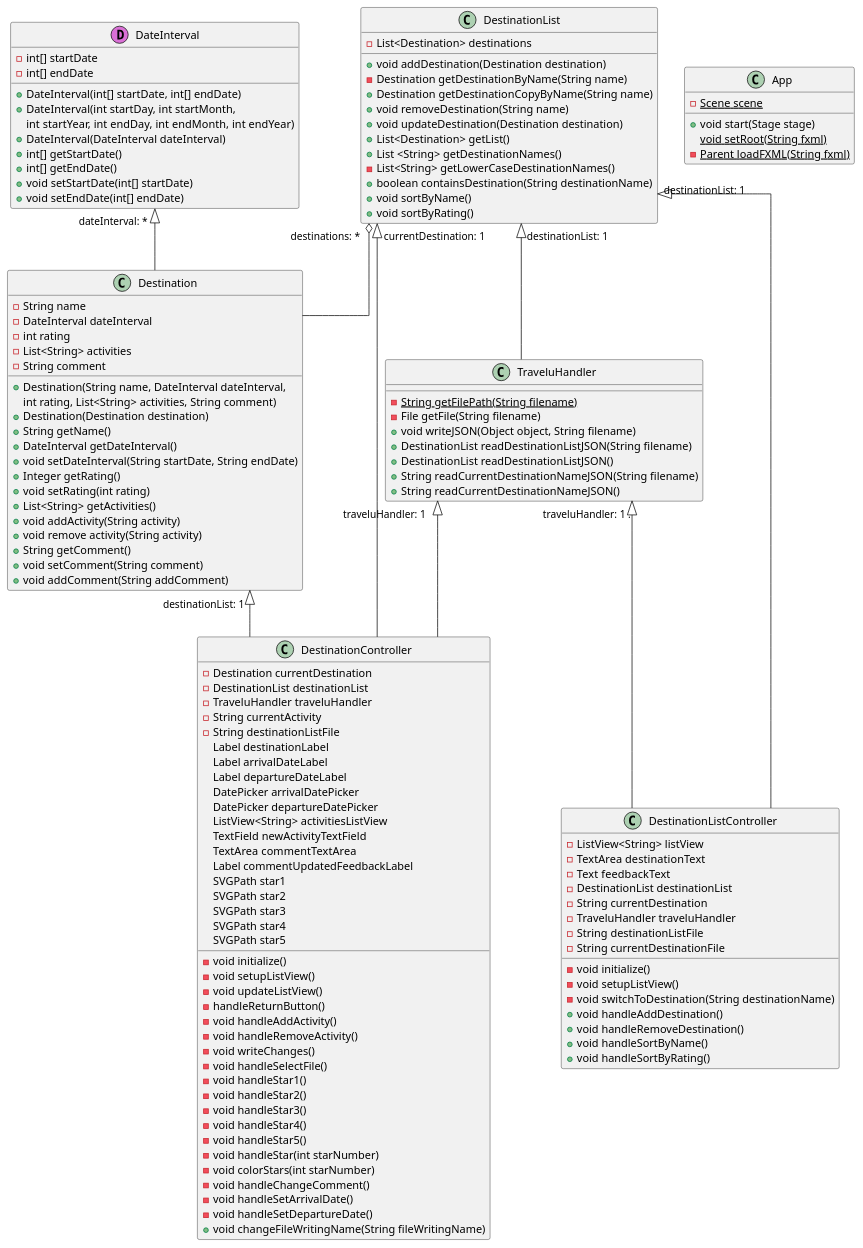
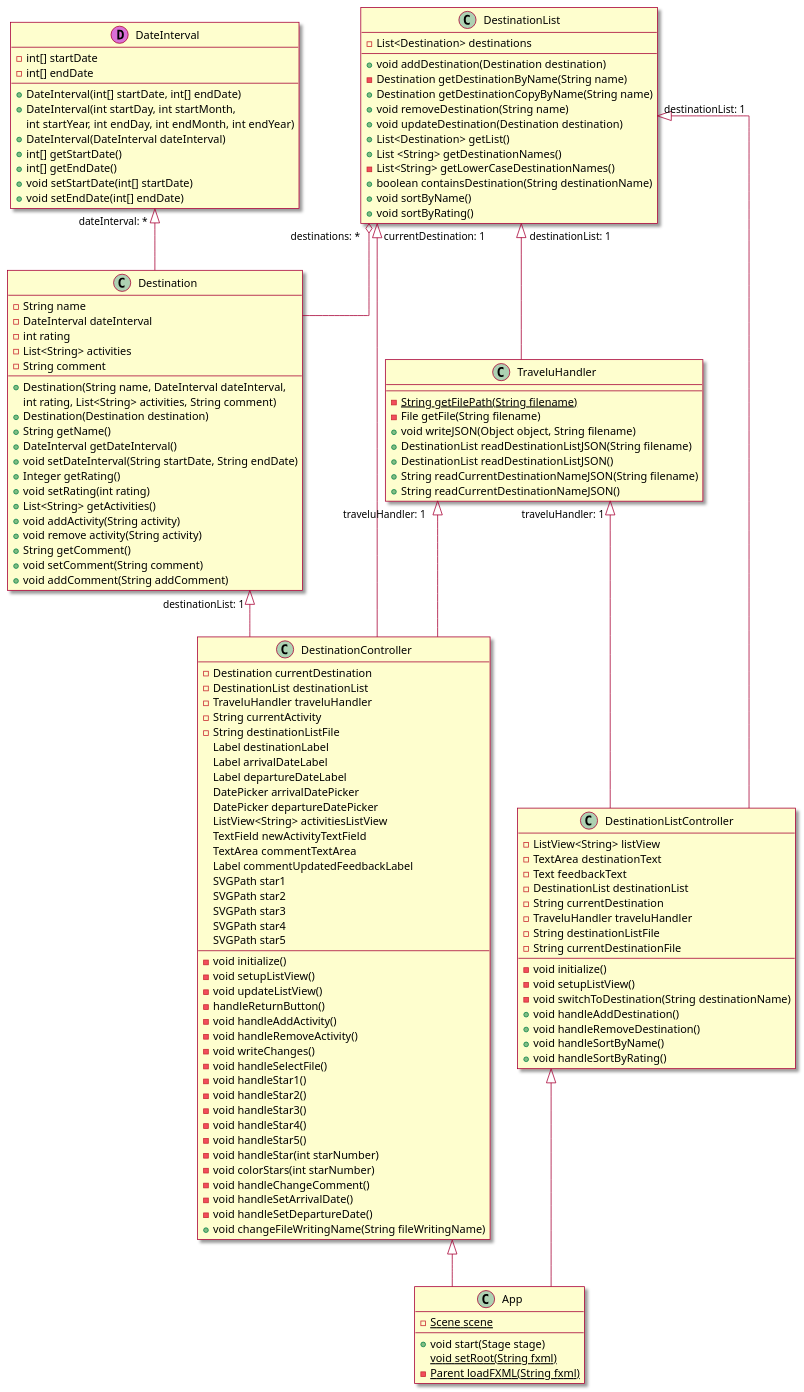
The diagram in docs/classDiagram.plantuml (tbwiik/Travelu), drawn with PlantUML before and after one commit.

Commit message:
docs: update style and label positions

```diff
--- a/docs/classDiagram.plantuml
+++ b/docs/classDiagram.plantuml
@@ -1,140 +1,144 @@
 @startuml classDiagram
+
+skin rose
 
 class Destination {
     - String name
     - DateInterval dateInterval
     - int rating
     - List<String> activities 
     - String comment
     + Destination(String name, DateInterval dateInterval, 
     int rating, List<String> activities, String comment)
     + Destination(Destination destination)
     + String getName()
     + DateInterval getDateInterval()
     + void setDateInterval(String startDate, String endDate)
     + Integer getRating()
     + void setRating(int rating)
     + List<String> getActivities()
     + void addActivity(String activity)
     + void remove activity(String activity)
     + String getComment()
     + void setComment(String comment)
     + void addComment(String addComment)
 }
 
 class DestinationList {
     -List<Destination> destinations
     + void addDestination(Destination destination)
     - Destination getDestinationByName(String name)
     + Destination getDestinationCopyByName(String name)
     + void removeDestination(String name)
     + void updateDestination(Destination destination)
     + List<Destination> getList()
     + List <String> getDestinationNames()
     - List<String> getLowerCaseDestinationNames()
     + boolean containsDestination(String destinationName)
     + void sortByName()
     + void sortByRating()
 }
 
 class DateInterval << (D,orchid) >> {
     - int[] startDate
     - int[] endDate
     + DateInterval(int[] startDate, int[] endDate)
     + DateInterval(int startDay, int startMonth, 
     int startYear, int endDay, int endMonth, int endYear)
     + DateInterval(DateInterval dateInterval)
     + int[] getStartDate()
     + int[] getEndDate()
     + void setStartDate(int[] startDate)
     + void setEndDate(int[] endDate)
 }
 
 class DestinationController {
     - Destination currentDestination
     - DestinationList destinationList
     - TraveluHandler traveluHandler
     - String currentActivity
     - String destinationListFile
     Label destinationLabel
     Label arrivalDateLabel
     Label departureDateLabel
     DatePicker arrivalDatePicker
     DatePicker departureDatePicker
     ListView<String> activitiesListView
     TextField newActivityTextField
     TextArea commentTextArea
     Label commentUpdatedFeedbackLabel
     SVGPath star1 
     SVGPath star2 
     SVGPath star3 
     SVGPath star4 
     SVGPath star5 
     - void initialize()
     - void setupListView()
     - void updateListView()
     - handleReturnButton()
     - void handleAddActivity()
     - void handleRemoveActivity()
     - void writeChanges()
     - void handleSelectFile()
     - void handleStar1()
     - void handleStar2()
     - void handleStar3()
     - void handleStar4()
     - void handleStar5()
     - void handleStar(int starNumber)
     - void colorStars(int starNumber)
     - void handleChangeComment()
     - void handleSetArrivalDate()
     - void handleSetDepartureDate()
     + void changeFileWritingName(String fileWritingName)
 } 
 
 class DestinationListController {
     - ListView<String> listView
     - TextArea destinationText
     - Text feedbackText
     - DestinationList destinationList
     - String currentDestination
     - TraveluHandler traveluHandler
     - String destinationListFile
     - String currentDestinationFile
     - void initialize()
     - void setupListView()
     - void switchToDestination(String destinationName)
     + void handleAddDestination()
     + void handleRemoveDestination()
     + void handleSortByName()
     + void handleSortByRating()
 }
 
 class App {
     - {static} Scene scene
     + void start(Stage stage)
     {static} void setRoot(String fxml)
     - {static} Parent loadFXML(String fxml)
 }
 
 class TraveluHandler {
     - {static} String getFilePath(String filename)
     - File getFile(String filename)
     + void writeJSON(Object object, String filename)
     + DestinationList readDestinationListJSON(String filename)
     + DestinationList readDestinationListJSON()
     + String readCurrentDestinationNameJSON(String filename)
     + String readCurrentDestinationNameJSON()
 }
 
 DateInterval "dateInterval: *  " <|-- Destination
 DestinationList "destinations: *" o-- Destination
 Destination "destinationList: 1   " <|-- DestinationController
 DestinationList "    currentDestination: 1" <|-- DestinationController
 TraveluHandler "traveluHandler: 1" <|-- DestinationController
-DestinationList "destinationList: 1"<|-- DestinationListController
-TraveluHandler "traveluHandler: 1 .  " <|-- DestinationListController
-DestinationList " destinationList: 1" <|-- TraveluHandler
+DestinationList "destinationList: 1" <|-- DestinationListController
+TraveluHandler "traveluHandler: 1   " <|-- DestinationListController
+DestinationList "  destinationList: 1" <|-- TraveluHandler
+DestinationController <|-- App 
+DestinationListController <|-- App 
 
 skinparam linetype ortho
 
 @enduml
```
